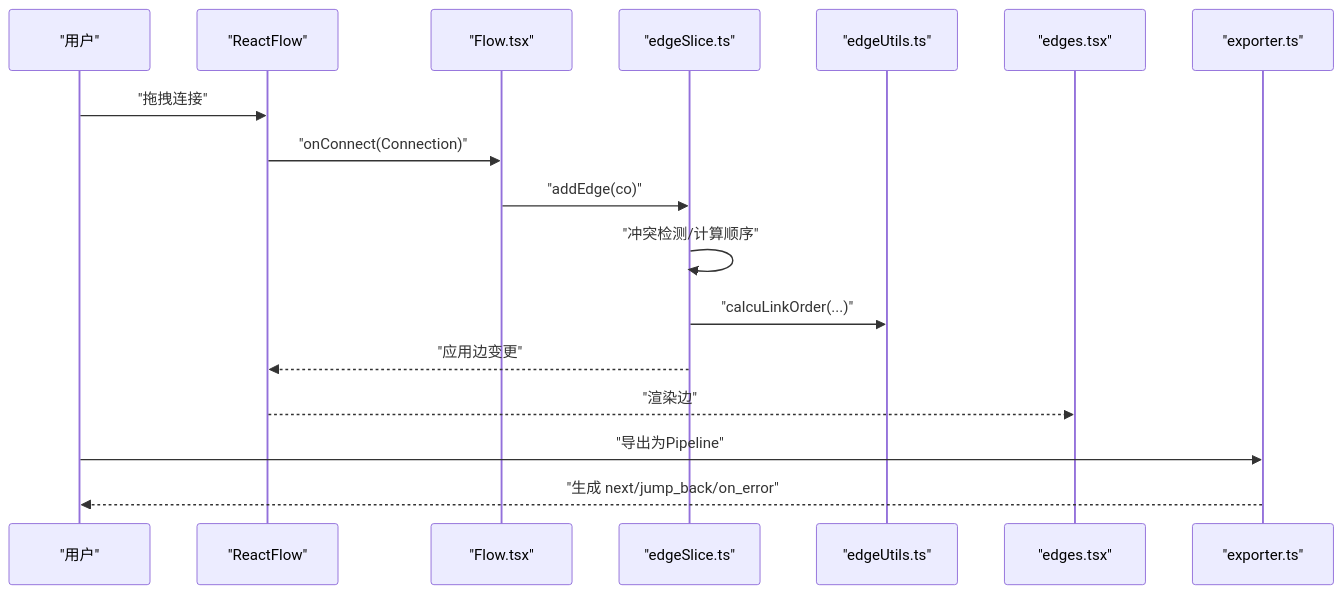
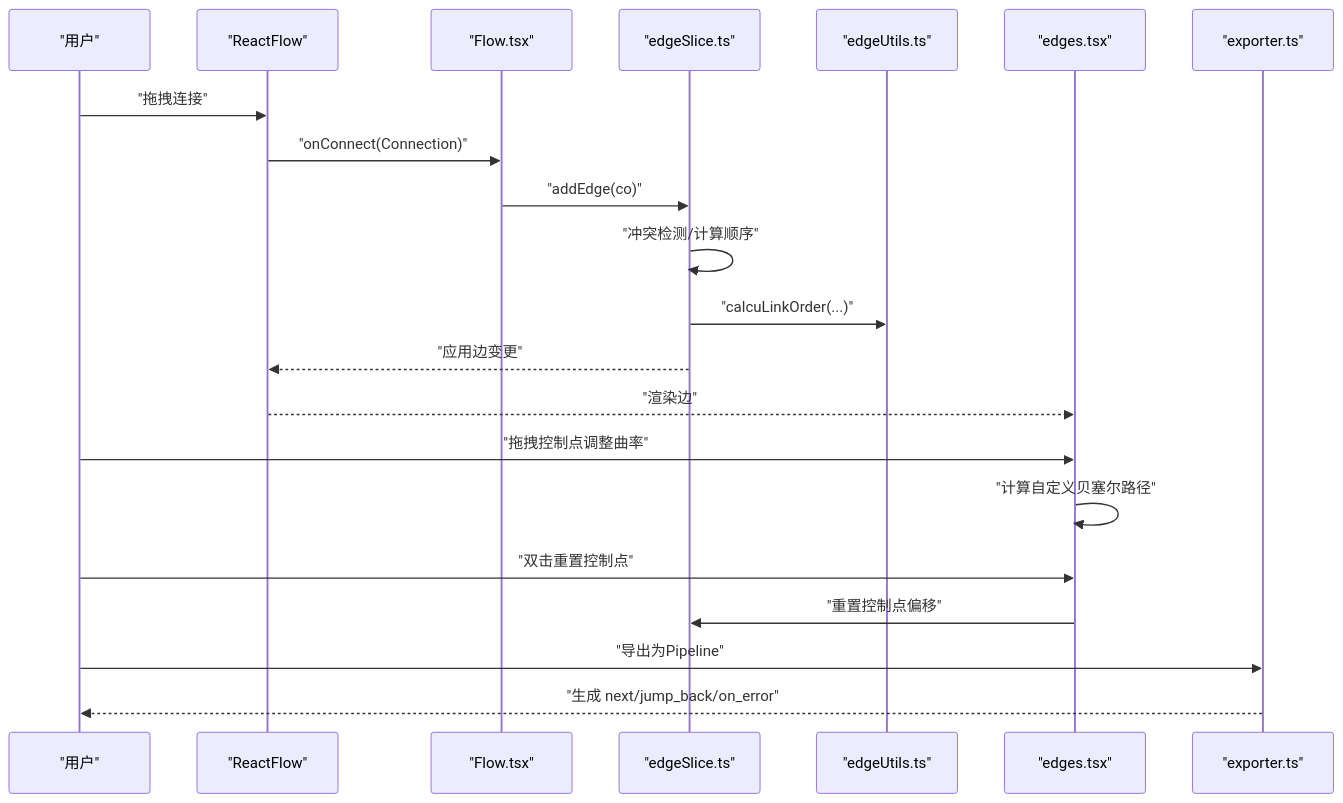
Before and after one commit to kqcoxn/MaaPipelineEditor: the second of 11 diagrams in .qoder/repowiki/zh/content/核心概念/连接.md, drawn with Mermaid. The commit also changed other lines of this file and 5 other files, not shown here.

````diff
--- a/.qoder/repowiki/zh/content/核心概念/连接.md
+++ b/.qoder/repowiki/zh/content/核心概念/连接.md
@@ -129,19 +138,23 @@
 ```mermaid
 sequenceDiagram
 participant U as "用户"
 participant RF as "ReactFlow"
 participant F as "Flow.tsx"
 participant ES as "edgeSlice.ts"
 participant EU as "edgeUtils.ts"
 participant R as "edges.tsx"
 participant EX as "exporter.ts"
 U->>RF : "拖拽连接"
 RF->>F : "onConnect(Connection)"
 F->>ES : "addEdge(co)"
 ES->>ES : "冲突检测/计算顺序"
 ES->>EU : "calcuLinkOrder(...)"
 ES-->>RF : "应用边变更"
 RF-->>R : "渲染边"
+U->>R : "拖拽控制点调整曲率"
+R->>R : "计算自定义贝塞尔路径"
+U->>R : "双击重置控制点"
+R->>ES : "重置控制点偏移"
 U->>EX : "导出为Pipeline"
 EX-->>U : "生成 next/jump_back/on_error"
 ```
````
